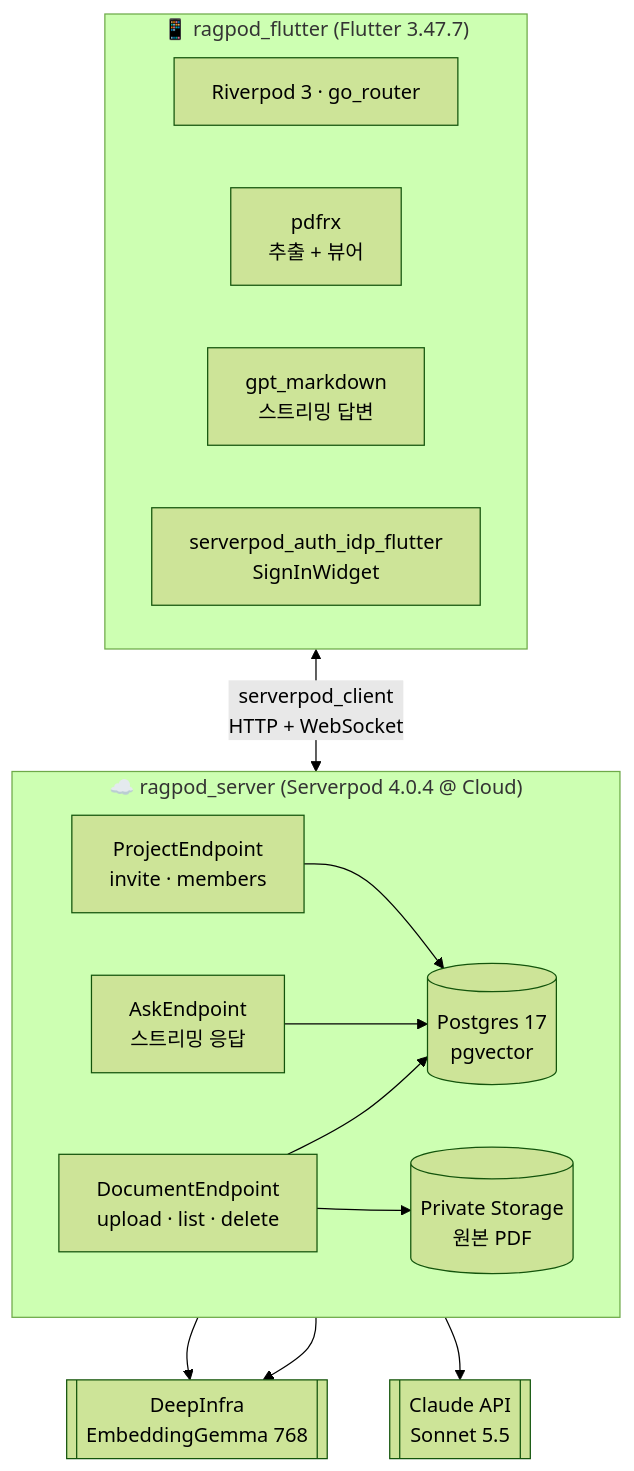
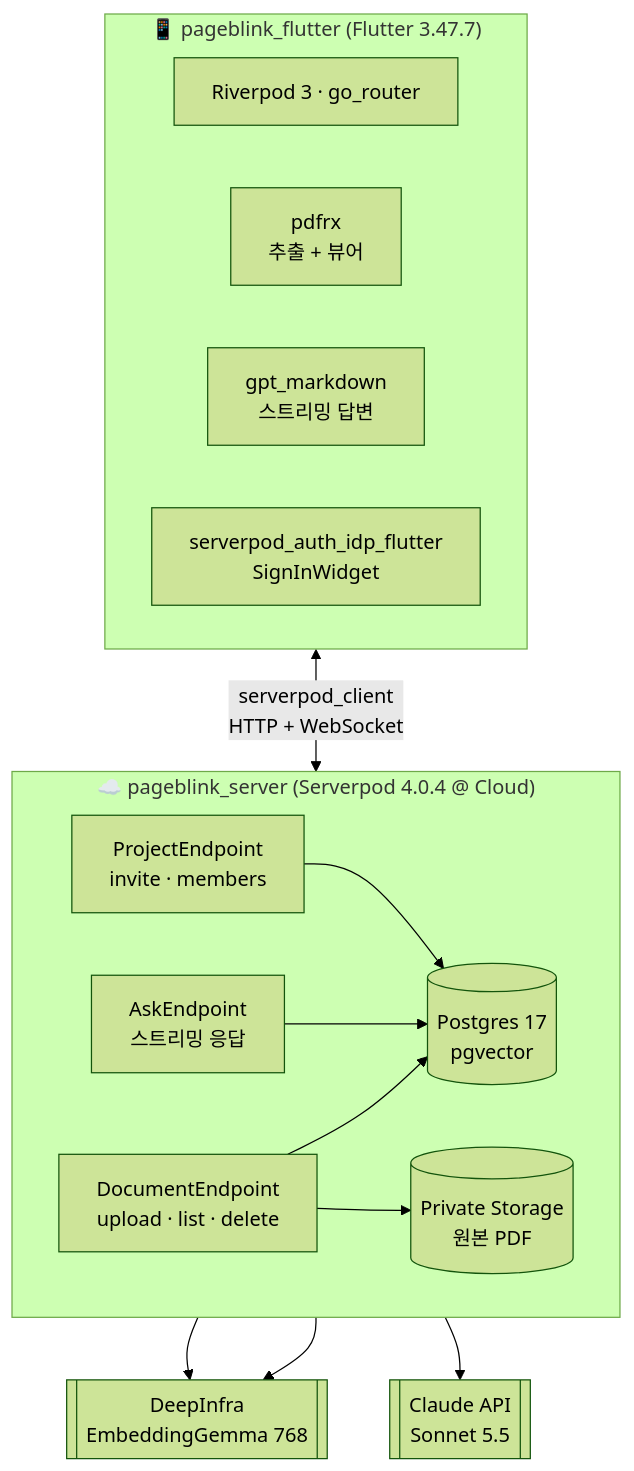
Before and after one commit to biyott/pageblink: the first of 3 diagrams in docs/plan/003-tech-stack-and-prep.md, drawn with Mermaid (forest theme). The commit also changed other lines of this file and 293 other files, not shown here.

First line of the commit message:
refactor: rename project ragpod -> PageBlink (packages pageblink_*)

````diff
--- a/docs/plan/003-tech-stack-and-prep.md
+++ b/docs/plan/003-tech-stack-and-prep.md
@@ -77,27 +77,27 @@
 ```mermaid
 flowchart TB
-  subgraph Client["📱 ragpod_flutter (Flutter 3.47.7)"]
+  subgraph Client["📱 pageblink_flutter (Flutter 3.47.7)"]
     direction LR
     R[Riverpod 3 · go_router]
     P[pdfrx<br/>추출 + 뷰어]
     M[gpt_markdown<br/>스트리밍 답변]
     AU[serverpod_auth_idp_flutter<br/>SignInWidget]
   end
-  subgraph Server["☁️ ragpod_server (Serverpod 4.0.4 @ Cloud)"]
+  subgraph Server["☁️ pageblink_server (Serverpod 4.0.4 @ Cloud)"]
     direction LR
     E1[DocumentEndpoint<br/>upload · list · delete]
     E2[AskEndpoint<br/>스트리밍 응답]
     E3[ProjectEndpoint<br/>invite · members]
     DB[(Postgres 17<br/>pgvector)]
     ST[(Private Storage<br/>원본 PDF)]
   end
   EMB[[DeepInfra<br/>EmbeddingGemma 768]]
   LLM[[Claude API<br/>Sonnet 5.5]]
   Client <-- "serverpod_client<br/>HTTP + WebSocket" --> Server
   E1 --> EMB
   E2 --> EMB
   E2 --> LLM
   E1 --> DB & ST
   E2 --> DB
   E3 --> DB
 ```
````
